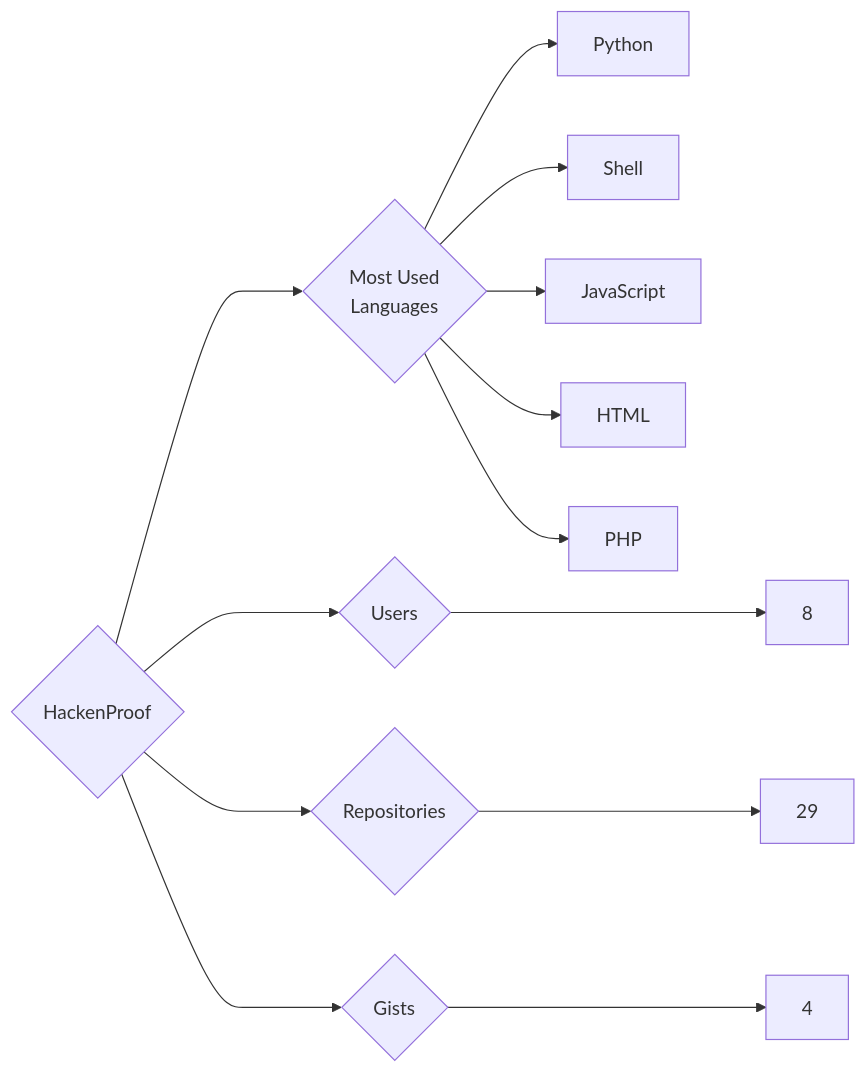
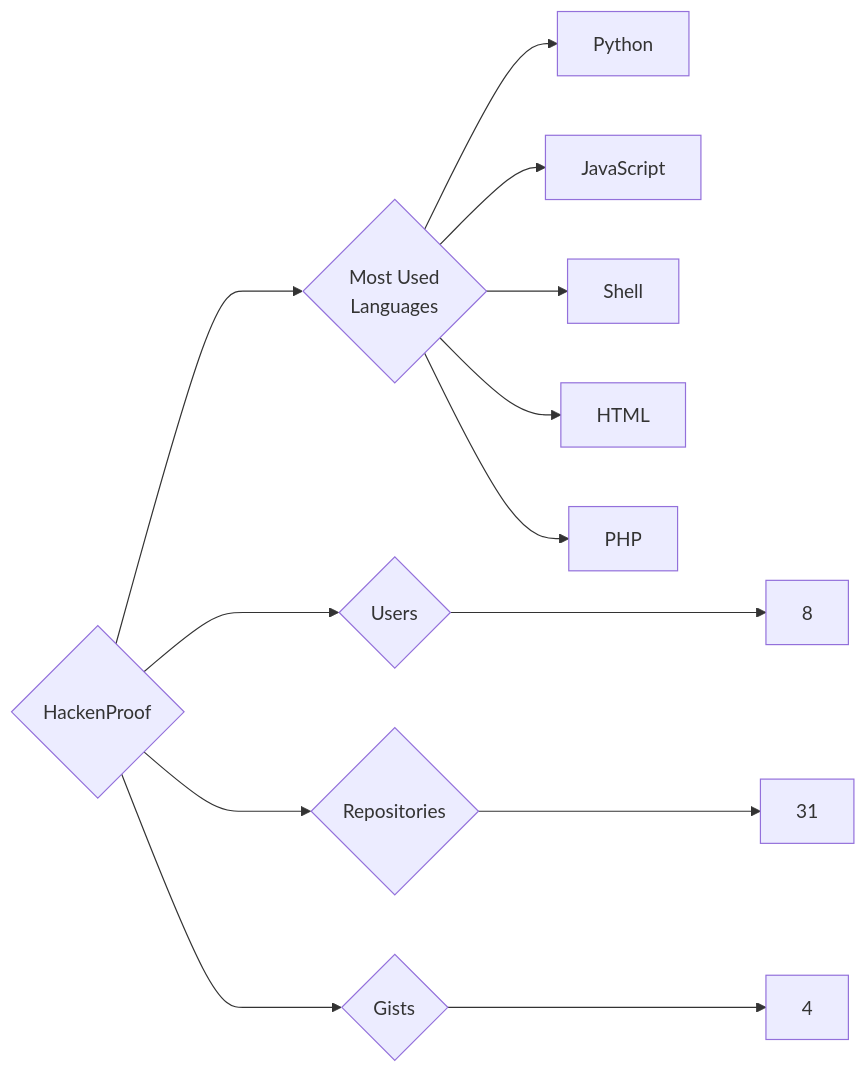
One commit to trickest/insiders changed the diagram in targets/HackenProof/README.md. Above: the diagram before and after it, drawn with Mermaid. The commit also changed 912 other files, not shown here.

````diff
--- a/targets/HackenProof/README.md
+++ b/targets/HackenProof/README.md
@@ -3,13 +3,13 @@
 ```mermaid
 graph LR
 COMPANY_NAME{HackenProof}
 COMPANY_NAME ---> U{Users} ---> UN[8]
-COMPANY_NAME ---> R{Repositories} ---> RN[29]
+COMPANY_NAME ---> R{Repositories} ---> RN[31]
 COMPANY_NAME ---> G{Gists} ---> GN[4]
 COMPANY_NAME ---> ML{Most Used<br>Languages}
 ML --> Python[Python]
+ML --> JavaScript[JavaScript]
 ML --> Shell[Shell]
-ML --> JavaScript[JavaScript]
 ML --> HTML[HTML]
 ML --> PHP[PHP]
 ```
````
